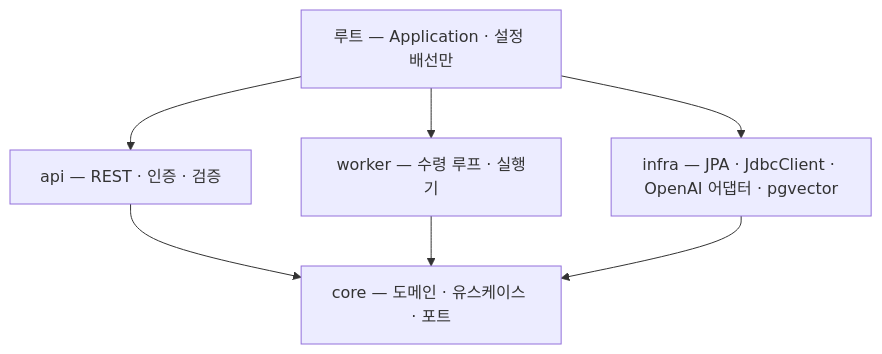
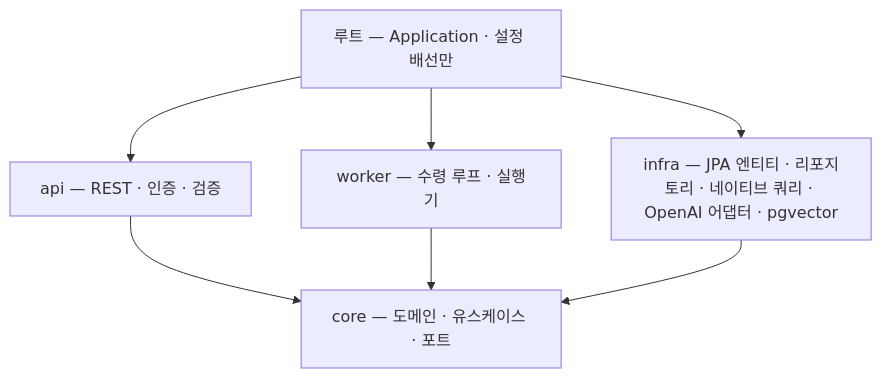
Before and after one commit to f-lab-edu/Mogum: the first of 4 diagrams in docs/04-jobs-and-cost.md, drawn with Mermaid. The commit also changed other lines of this file and 36 other files, not shown here.

````diff
--- a/docs/04-jobs-and-cost.md
+++ b/docs/04-jobs-and-cost.md
@@ -32,14 +33,14 @@
 ```mermaid
 flowchart TD
     APP["루트 — Application · 설정 배선만"]
     API["api — REST · 인증 · 검증"]
     WK["worker — 수령 루프 · 실행기"]
-    INF["infra — JPA · JdbcClient · OpenAI 어댑터 · pgvector"]
+    INF["infra — JPA 엔티티 · 리포지토리 · 네이티브 쿼리 · OpenAI 어댑터 · pgvector"]
     CORE["core — 도메인 · 유스케이스 · 포트"]
     APP --> API
     APP --> WK
     APP --> INF
     API --> CORE
     WK --> CORE
     INF --> CORE
 ```
````
